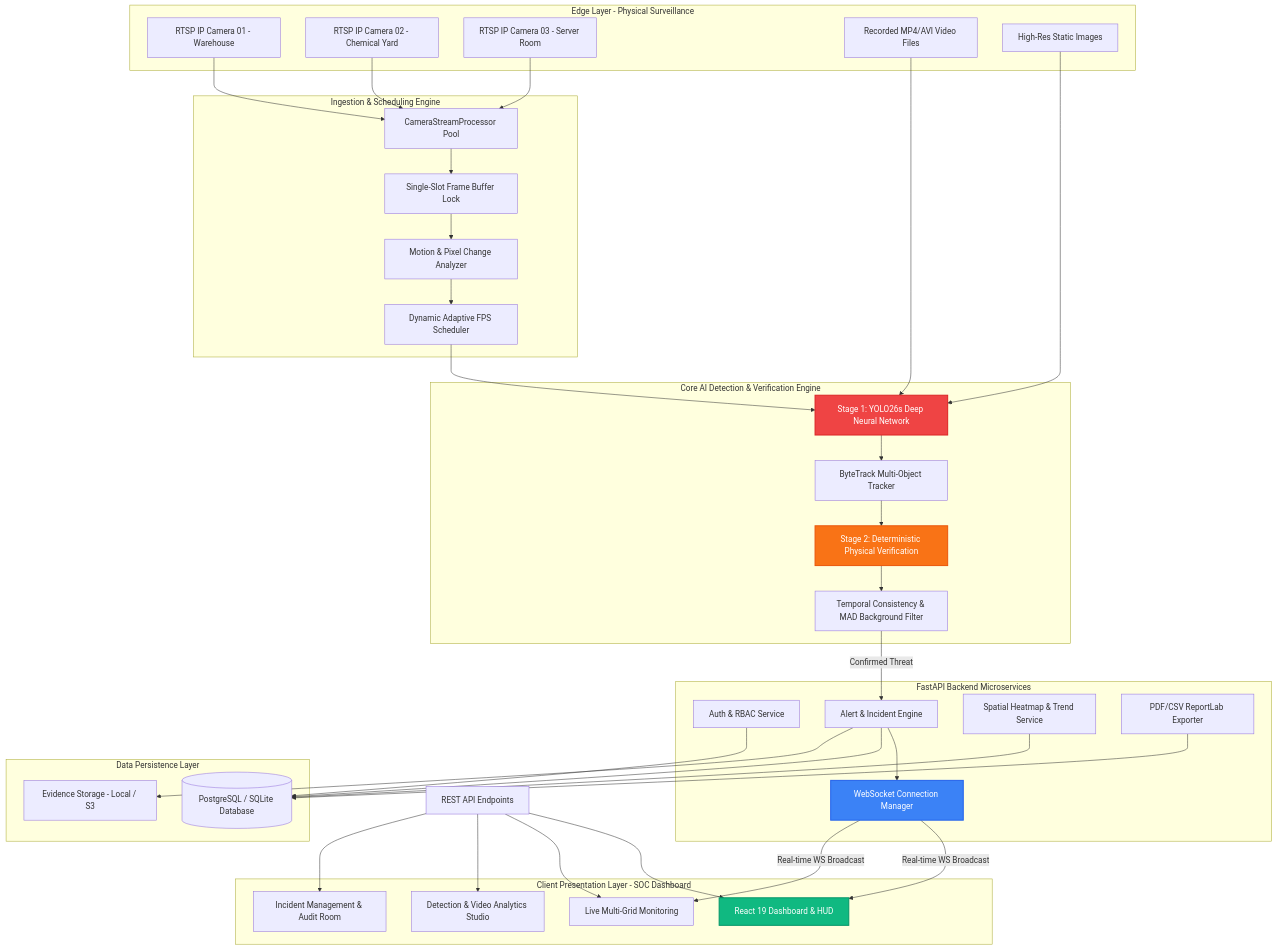
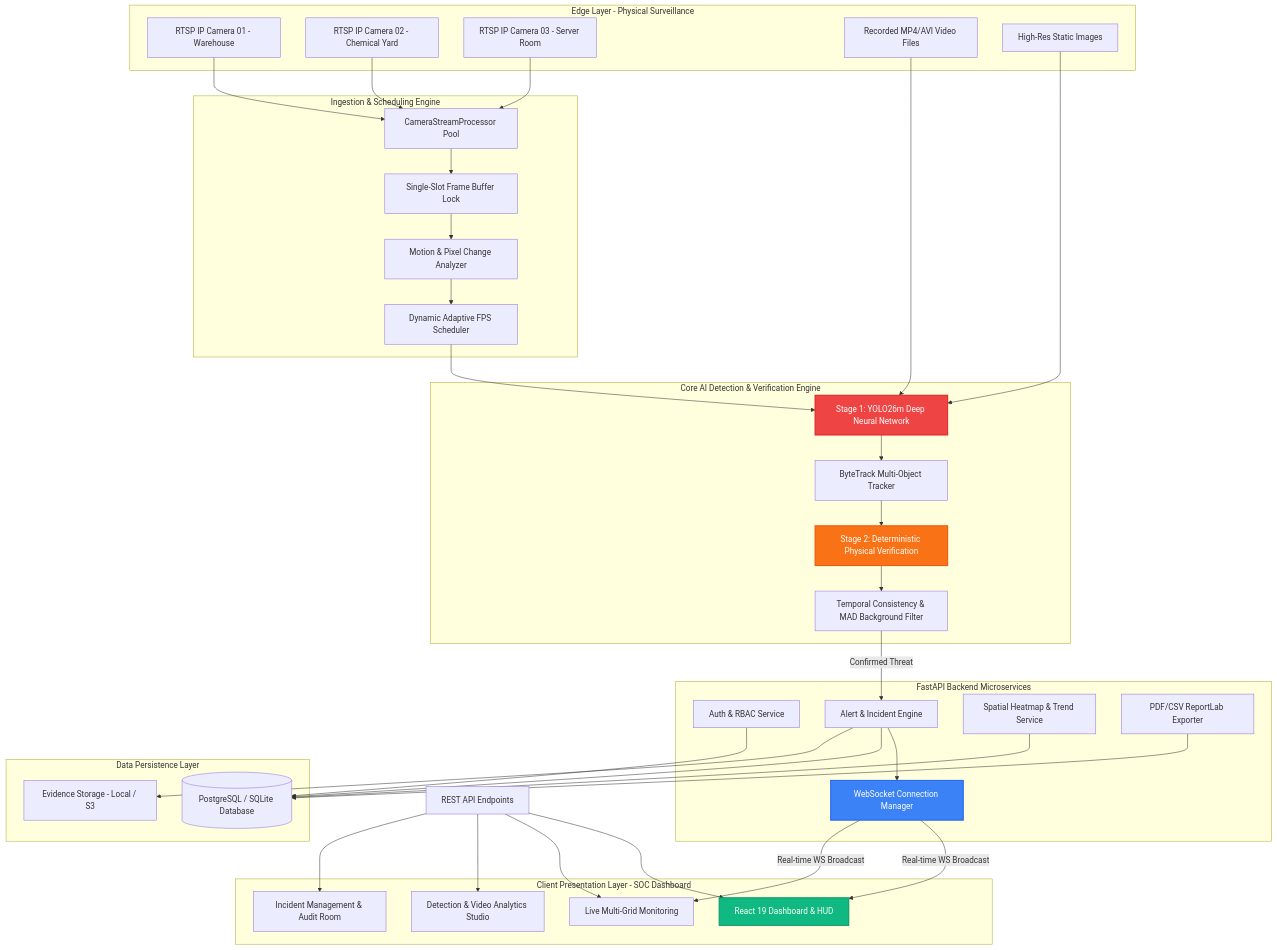
One commit to Saicharan-077/Fire_Smoke_Application changed the second of 14 diagrams in REVIEW.md. Above: the diagram before and after it, drawn with Mermaid. The commit also changed other lines of this file and 16 other files, not shown here.

Commit message:
refactor(models): update model architecture references across codebase to YOLO26m

````diff
--- a/REVIEW.md
+++ b/REVIEW.md
@@ -469,72 +469,72 @@
 ```mermaid
 graph TB
     subgraph Edge Layer - Physical Surveillance
         C1[RTSP IP Camera 01 - Warehouse]
         C2[RTSP IP Camera 02 - Chemical Yard]
         C3[RTSP IP Camera 03 - Server Room]
         V1[Recorded MP4/AVI Video Files]
         I1[High-Res Static Images]
     end
 
     subgraph Ingestion & Scheduling Engine
         SP[CameraStreamProcessor Pool]
         DS[Dynamic Adaptive FPS Scheduler]
         BF[Single-Slot Frame Buffer Lock]
         MC[Motion & Pixel Change Analyzer]
     end
 
     subgraph Core AI Detection & Verification Engine
-        S1[Stage 1: YOLO26s Deep Neural Network]
+        S1[Stage 1: YOLO26m Deep Neural Network]
         BT[ByteTrack Multi-Object Tracker]
         S2[Stage 2: Deterministic Physical Verification]
         TV[Temporal Consistency & MAD Background Filter]
     end
 
     subgraph FastAPI Backend Microservices
         AUTH[Auth & RBAC Service]
         ALERT[Alert & Incident Engine]
         ANALYTICS[Spatial Heatmap & Trend Service]
         WSM[WebSocket Connection Manager]
         EXP[PDF/CSV ReportLab Exporter]
     end
 
     subgraph Data Persistence Layer
         DB[(PostgreSQL / SQLite Database)]
         EVD[Evidence Storage - Local / S3]
     end
 
     subgraph Client Presentation Layer - SOC Dashboard
         DASH[React 19 Dashboard & HUD]
         LIVE[Live Multi-Grid Monitoring]
         STUDIO[Detection & Video Analytics Studio]
         ALERTS[Incident Management & Audit Room]
     end
 
     C1 & C2 & C3 --> SP
     SP --> BF
     BF --> MC
     MC --> DS
     DS --> S1
     V1 & I1 --> S1
 
     S1 --> BT
     BT --> S2
     S2 --> TV
 
     TV -->|Confirmed Threat| ALERT
     ALERT --> WSM
     ALERT --> DB
     ALERT --> EVD
 
     AUTH --> DB
     ANALYTICS --> DB
     EXP --> DB
 
     WSM -->|Real-time WS Broadcast| DASH & LIVE
     FastAPI_REST[REST API Endpoints] --> DASH & LIVE & STUDIO & ALERTS
 
     style S1 fill:#ef4444,stroke:#dc2626,stroke-width:2px,color:#ffffff
     style S2 fill:#f97316,stroke:#ea580c,stroke-width:2px,color:#ffffff
     style WSM fill:#3b82f6,stroke:#2563eb,stroke-width:2px,color:#ffffff
     style DASH fill:#10b981,stroke:#059669,stroke-width:2px,color:#ffffff
 ```
````
